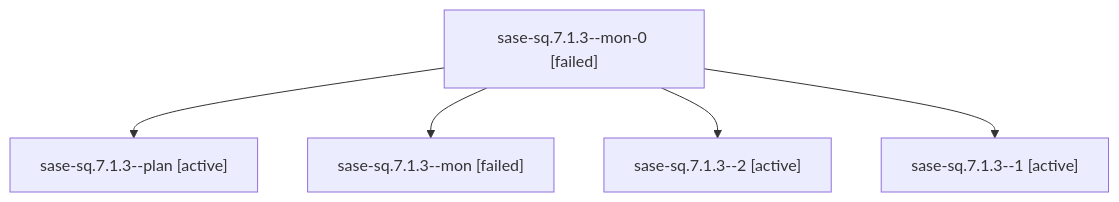
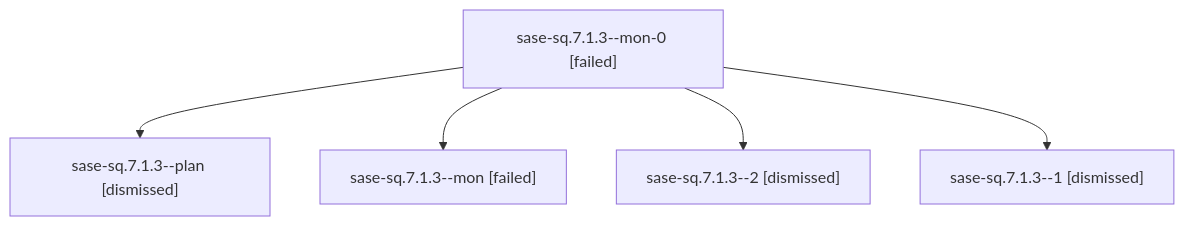
One commit to sase-org/sase--agents changed the diagram in sessions/bbugyi200.athena.sase-sq.7.1.3.md. Above: the diagram before and after it, drawn with Mermaid. The commit also changed other lines of this file and 189 other files, not shown here.

````diff
--- a/sessions/bbugyi200.athena.sase-sq.7.1.3.md
+++ b/sessions/bbugyi200.athena.sase-sq.7.1.3.md
@@ -9,12 +9,12 @@
 ```mermaid
 flowchart TD
   n0["sase-sq.7.1.3--mon-0 [failed]"]
-  n1["sase-sq.7.1.3--plan [active]"]
+  n1["sase-sq.7.1.3--plan [dismissed]"]
   n0 --> n1
   n2["sase-sq.7.1.3--mon [failed]"]
   n0 --> n2
-  n3["sase-sq.7.1.3--2 [active]"]
+  n3["sase-sq.7.1.3--2 [dismissed]"]
   n0 --> n3
-  n4["sase-sq.7.1.3--1 [active]"]
+  n4["sase-sq.7.1.3--1 [dismissed]"]
   n0 --> n4
 ```
````
